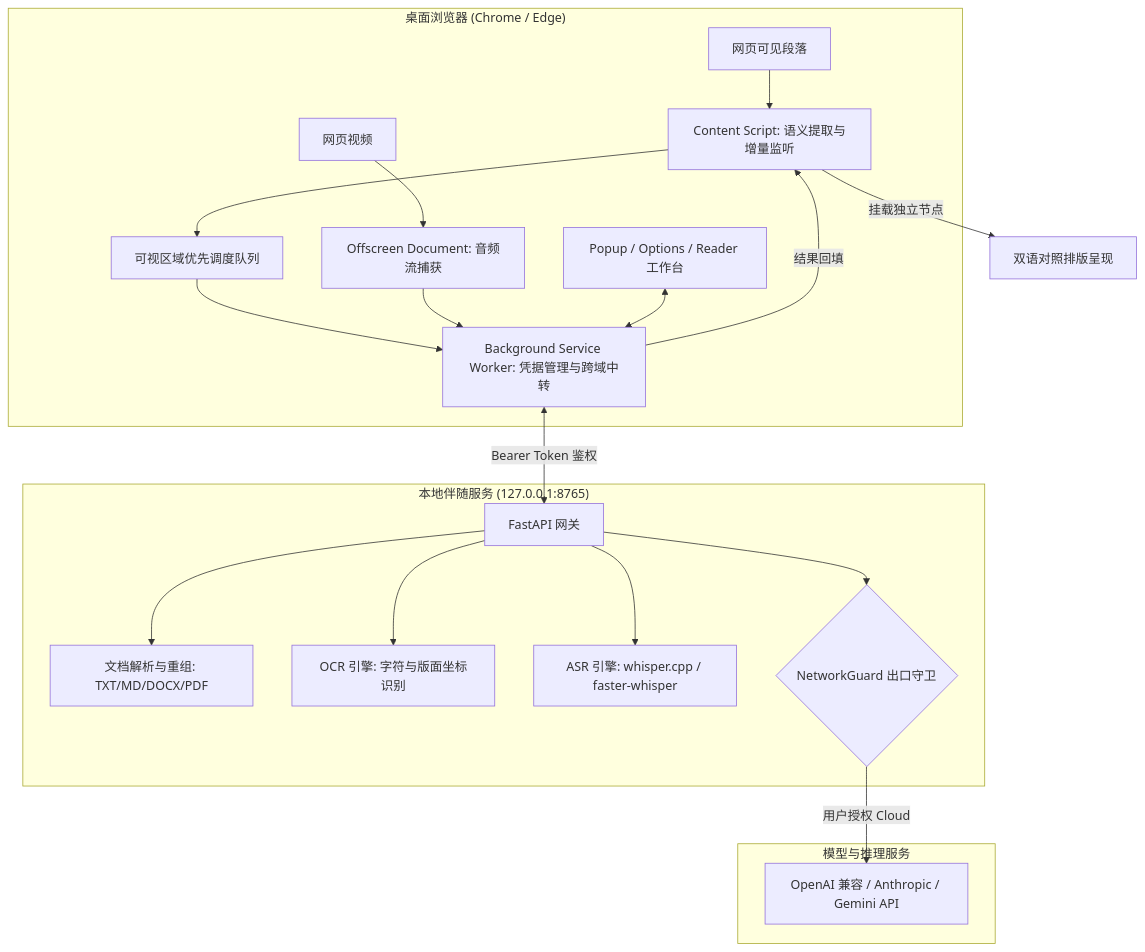
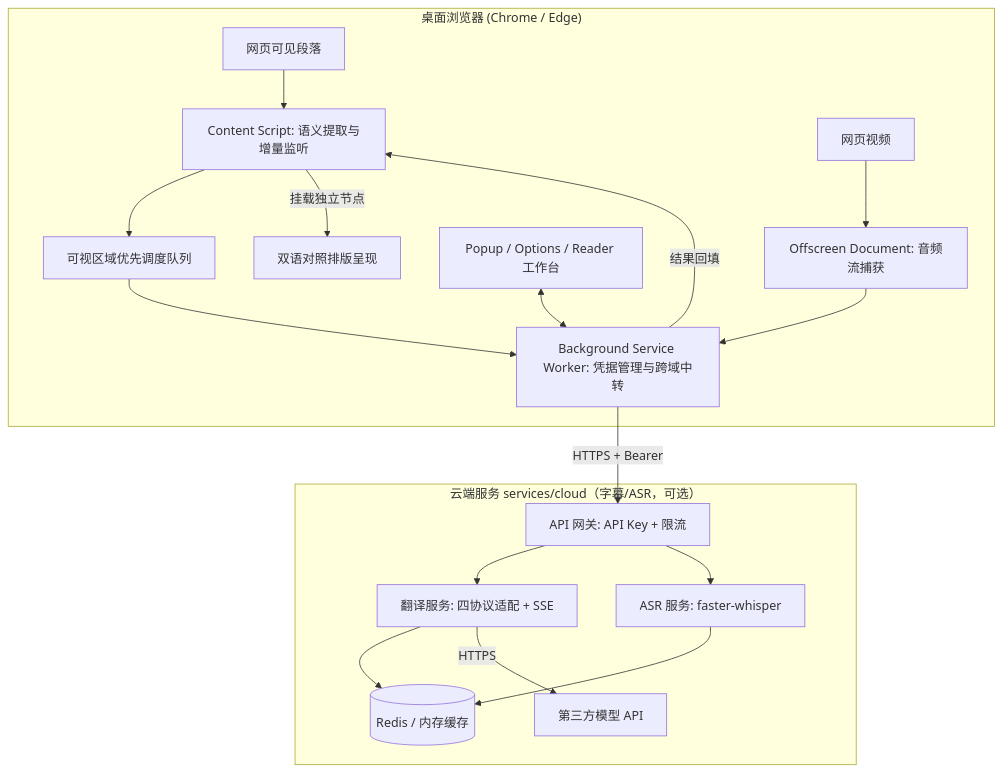
One commit to fengzhiyushui/transark changed the diagram in README.md. Above: the diagram before and after it, drawn with Mermaid. The commit also changed other lines of this file and 16 other files, not shown here.

````diff
--- a/README.md
+++ b/README.md
@@ -85,26 +86,23 @@
 ```mermaid
 flowchart TD
   subgraph Browser["桌面浏览器 (Chrome / Edge)"]
     W[网页可见段落] --> CS[Content Script: 语义提取与增量监听]
     CS --> VQ[可视区域优先调度队列]
     VQ --> BG[Background Service Worker: 凭据管理与跨域中转]
     V[网页视频] --> OF[Offscreen Document: 音频流捕获]
     OF --> BG
     UI[Popup / Options / Reader 工作台] <--> BG
+    BG -->|结果回填| CS
+    CS -->|挂载独立节点| OUT[双语对照排版呈现]
   end
 
-  subgraph Companion["本地伴随服务 (127.0.0.1:8765)"]
-    BG <-->|Bearer Token 鉴权| API[FastAPI 网关]
-    API --> DP[文档解析与重组: TXT/MD/DOCX/PDF]
-    API --> OCR[OCR 引擎: 字符与版面坐标识别]
-    API --> ASR[ASR 引擎: whisper.cpp / faster-whisper]
-    API --> NG{NetworkGuard 出口守卫}
+  subgraph Cloud["云端服务 services/cloud（字幕/ASR，可选）"]
+    GW[API 网关: API Key + 限流] --> TR[翻译服务: 四协议适配 + SSE]
+    GW --> ASR[ASR 服务: faster-whisper]
+    TR --> CACHE[(Redis / 内存缓存)]
+    ASR --> CACHE
+    TR -->|HTTPS| LLM[第三方模型 API]
   end
 
-  subgraph Models["模型与推理服务"]
-    NG -->|用户授权 Cloud| CLOUD[OpenAI 兼容 / Anthropic / Gemini API]
-  end
-
-  BG -->|结果回填| CS
-  CS -->|挂载独立节点| OUT[双语对照排版呈现]
+  BG -->|HTTPS + Bearer| GW
 ```
````
